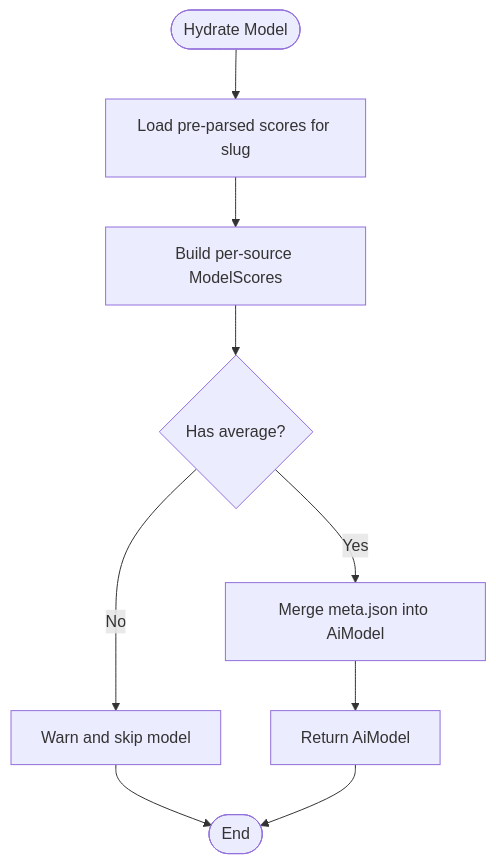
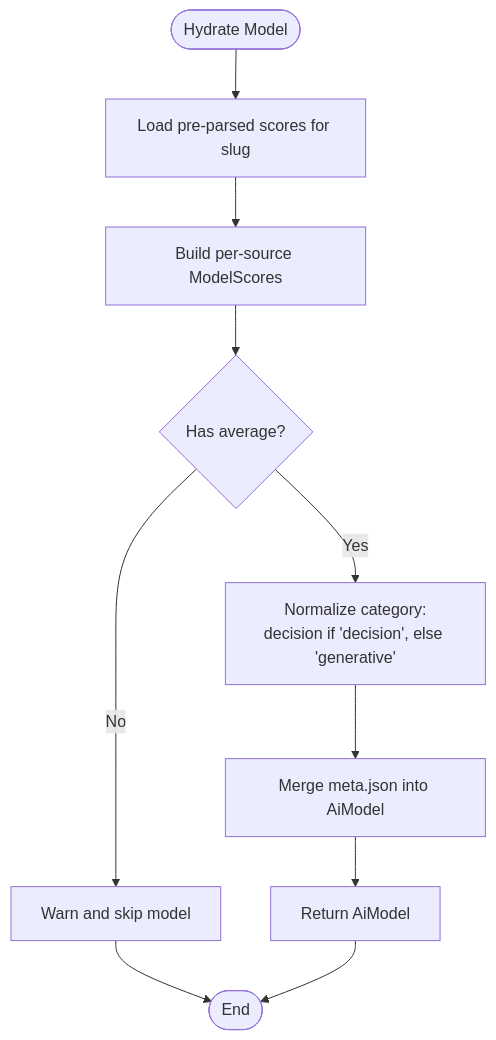
Before and after one commit to delirium-dj/modelcomp: the third of 7 diagrams in .qoder/repowiki/en/content/Data Management System/Data Schemas & Interfaces.md, drawn with Mermaid. The commit also changed other lines of this file and 22 other files, not shown here.

````diff
--- a/.qoder/repowiki/en/content/Data Management System/Data Schemas & Interfaces.md
+++ b/.qoder/repowiki/en/content/Data Management System/Data Schemas & Interfaces.md
@@ -178,11 +209,12 @@
 ```mermaid
 flowchart TD
 Start(["Hydrate Model"]) --> LoadFiles["Load pre-parsed scores for slug"]
 LoadFiles --> BuildSources["Build per-source ModelScores"]
 BuildSources --> HasAverage{"Has average?"}
 HasAverage --> |No| WarnSkip["Warn and skip model"]
-HasAverage --> |Yes| MergeMeta["Merge meta.json into AiModel"]
+HasAverage --> |Yes| NormalizeCategory["Normalize category:<br/>decision if 'decision', else 'generative'"]
+NormalizeCategory --> MergeMeta["Merge meta.json into AiModel"]
 MergeMeta --> ReturnModel["Return AiModel"]
 WarnSkip --> End(["End"])
 ReturnModel --> End
 ```
````
